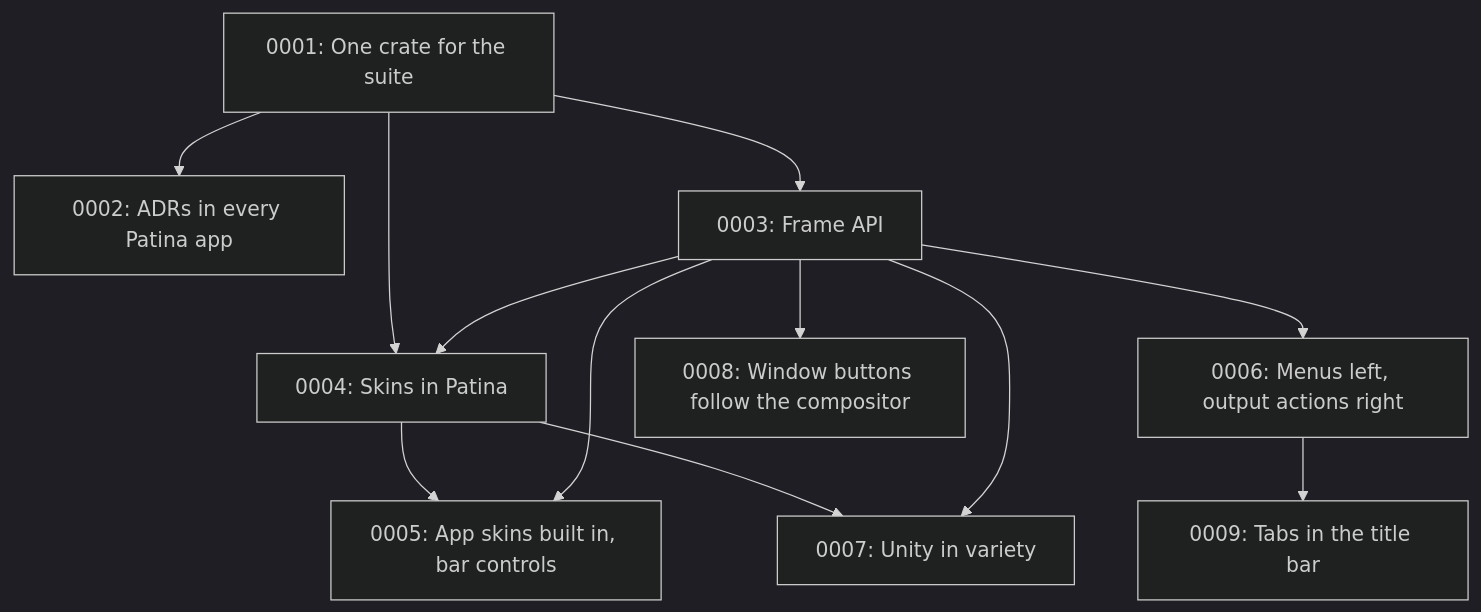
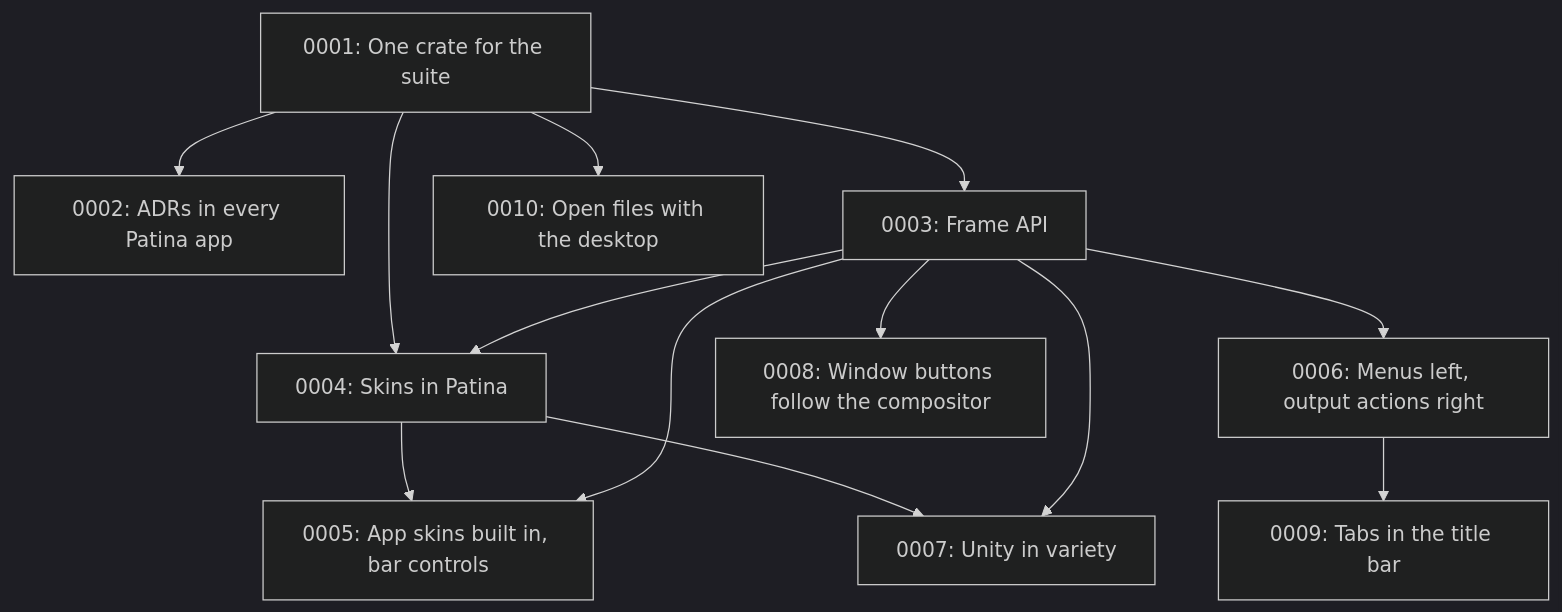
The diagram in docs/adr/README.md (Sector-F-Labs/patina), drawn with Mermaid (dark theme) before and after one commit. The commit also changed other lines of this file and 5 other files, not shown here.

Commit message:
Open files and folders with the desktop's opener, not the browser (ADR-0010)

````diff
--- a/docs/adr/README.md
+++ b/docs/adr/README.md
@@ -57,14 +58,15 @@
 ```mermaid
 flowchart TD
     A[0001: One crate for the suite] --> B[0002: ADRs in every Patina app]
     A --> C[0003: Frame API]
     A --> D[0004: Skins in Patina]
     C --> D
     D --> E[0005: App skins built in, bar controls]
     C --> F[0006: Menus left, output actions right]
     C --> E
     D --> G[0007: Unity in variety]
     C --> G
     C --> H[0008: Window buttons follow the compositor]
     F --> I[0009: Tabs in the title bar]
+    A --> J[0010: Open files with the desktop]
 ```
````
